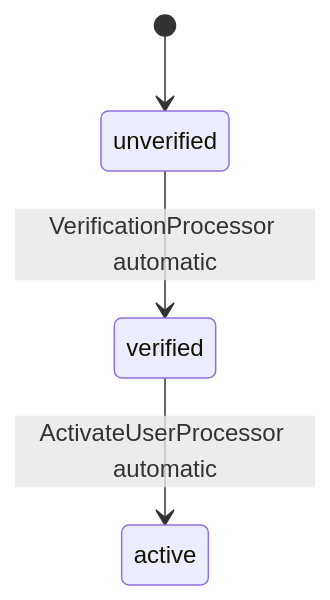
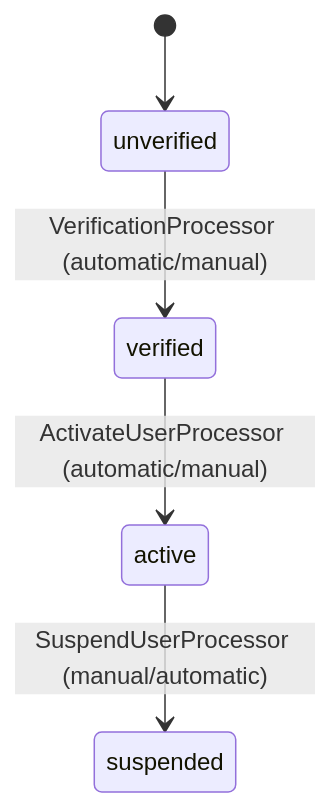
Before and after one commit to Cyoda-platform/java-client-template: the second of 4 diagrams in src/main/java/com/java_template/prototype/functional_requirement.md, drawn with Mermaid. The commit also changed other lines of this file, not shown here.

````diff
--- a/src/main/java/com/java_template/prototype/functional_requirement.md
+++ b/src/main/java/com/java_template/prototype/functional_requirement.md
@@ -61,6 +107,7 @@
 ```mermaid
 stateDiagram-v2
     [*] --> unverified
-    unverified --> verified : VerificationProcessor automatic
-    verified --> active : ActivateUserProcessor automatic
+    unverified --> verified : VerificationProcessor (automatic/manual)
+    verified --> active : ActivateUserProcessor (automatic/manual)
+    active --> suspended : SuspendUserProcessor (manual/automatic)
 ```
````
